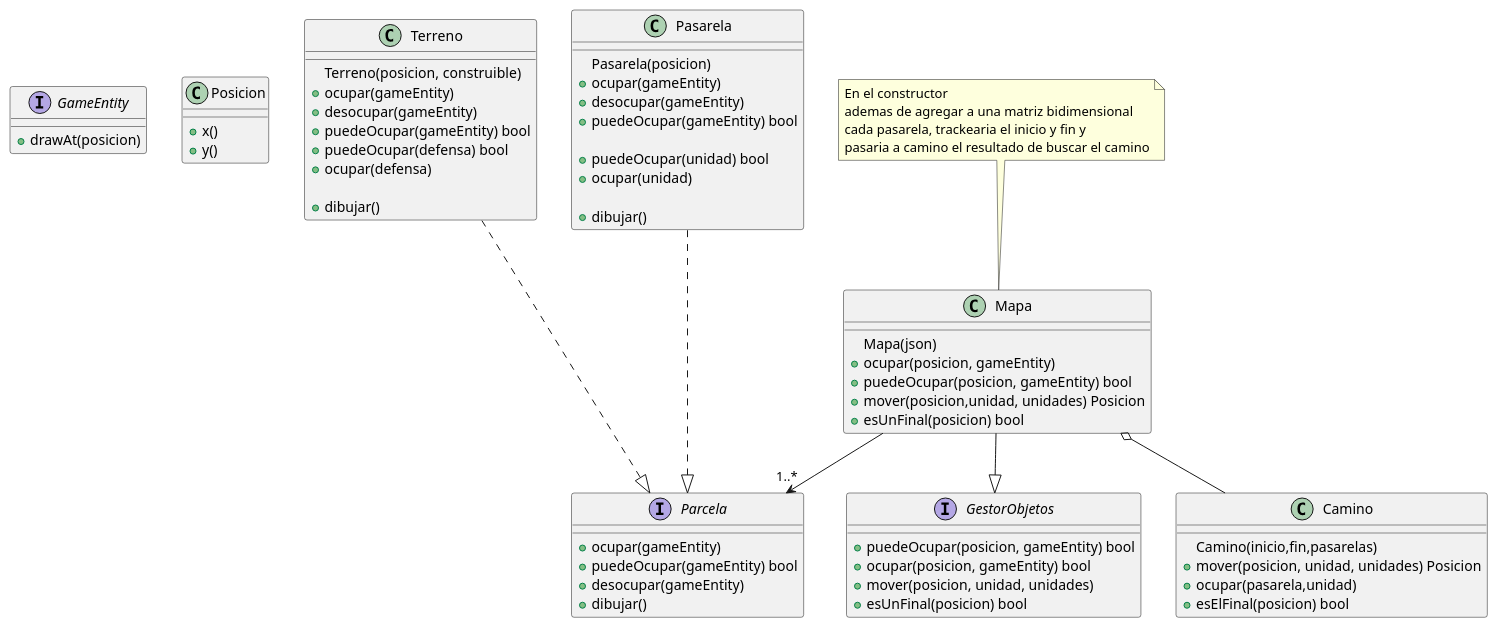
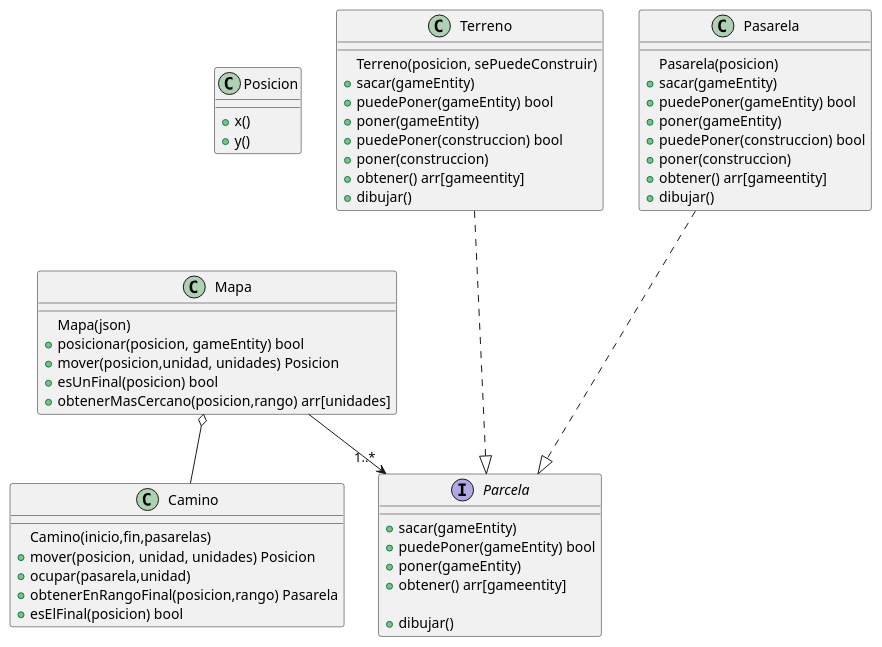
One commit to MarceloAgustinOrigoniGuillaume/Algo3_TP2_1C2023 changed the diagram in diagrams/classes/prototipoMarcelo/mapa.puml. Above: the diagram before and after it, drawn with PlantUML. The commit also changed 14 other files, not shown here.

```diff
--- a/diagrams/classes/prototipoMarcelo/mapa.puml
+++ b/diagrams/classes/prototipoMarcelo/mapa.puml
@@ -1,83 +1,67 @@
 @startuml
-
-interface GameEntity{
-    + drawAt(posicion)
-}
 
 class Posicion{
     +x()
     +y()
 }
 
-interface GestorObjetos{
-    + puedeOcupar(posicion, gameEntity) bool
-    + ocupar(posicion, gameEntity) bool
-    + mover(posicion, unidad, unidades)
-    + esUnFinal(posicion) bool
-}
-
 
 class Mapa{
     Mapa(json)
-    + ocupar(posicion, gameEntity)
-    + puedeOcupar(posicion, gameEntity) bool
+    + posicionar(posicion, gameEntity) bool
     + mover(posicion,unidad, unidades) Posicion
     + esUnFinal(posicion) bool
+    + obtenerMasCercano(posicion,rango) arr[unidades]
 }
 
 class Camino{
     Camino(inicio,fin,pasarelas)
     + mover(posicion, unidad, unidades) Posicion
     + ocupar(pasarela,unidad)
+    + obtenerEnRangoFinal(posicion,rango) Pasarela
     + esElFinal(posicion) bool
 }
 
 interface Parcela{
-    +ocupar(gameEntity)
-    +puedeOcupar(gameEntity) bool
-    +desocupar(gameEntity)
+    +sacar(gameEntity)
+    +puedePoner(gameEntity) bool
+    +poner(gameEntity)
+    +obtener() arr[gameentity]
+
     +dibujar()
 }
 
 class Terreno{
-    Terreno(posicion, construible)
-    +ocupar(gameEntity)
-    +desocupar(gameEntity)
-    +puedeOcupar(gameEntity) bool
-    +puedeOcupar(defensa) bool
-    +ocupar(defensa)
-
+    Terreno(posicion, sePuedeConstruir)
+    +sacar(gameEntity)
+    +puedePoner(gameEntity) bool
+    +poner(gameEntity)
+    +puedePoner(construccion) bool
+    +poner(construccion)
+    +obtener() arr[gameentity]
     +dibujar()
 }
 
 class Pasarela{
     Pasarela(posicion)
-    +ocupar(gameEntity)
-    +desocupar(gameEntity)
-    +puedeOcupar(gameEntity) bool
-
-    +puedeOcupar(unidad) bool
-    +ocupar(unidad)
-
+    +sacar(gameEntity)
+    +puedePoner(gameEntity) bool
+    +poner(gameEntity)
+    +puedePoner(construccion) bool
+    +poner(construccion)
+    +obtener() arr[gameentity]
     +dibujar()
 }
 
 
 
 
 Pasarela ...|> Parcela
 Terreno ...|> Parcela
 
-note top of Mapa
-En el constructor
-ademas de agregar a una matriz bidimensional
-cada pasarela, trackearia el inicio y fin y
-pasaria a camino el resultado de buscar el camino
-end note
 
 Mapa --> "1..*"Parcela
-Mapa --|> GestorObjetos
 Mapa o-- Camino
 
 
 @enduml
```
